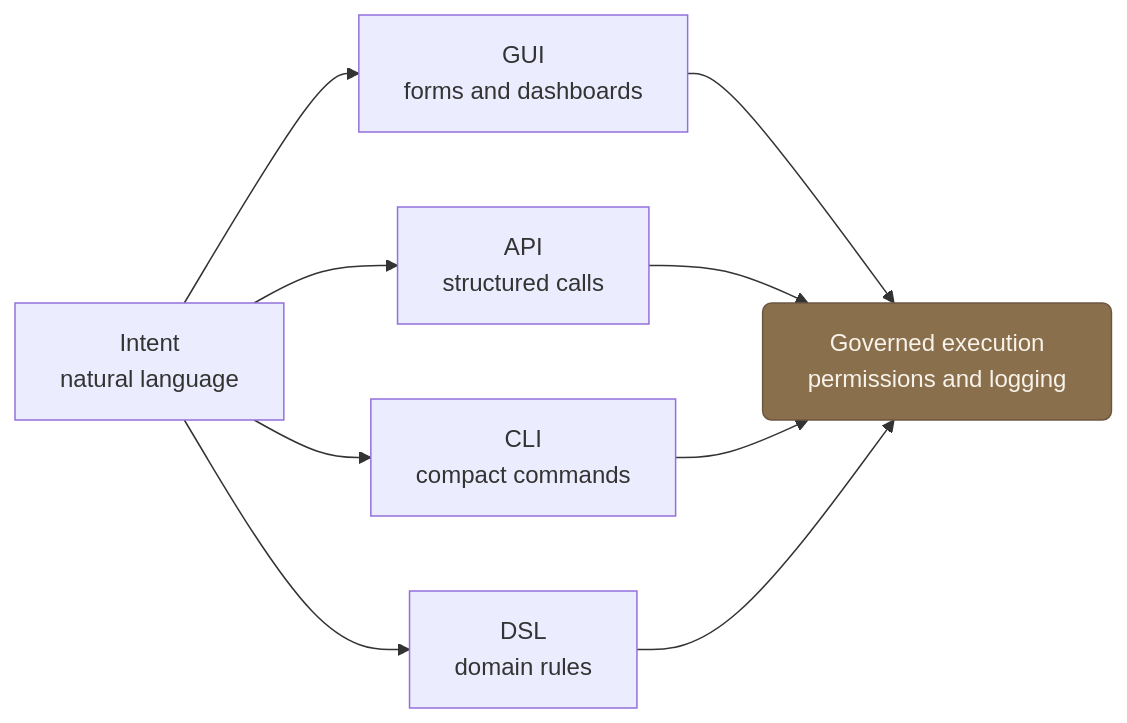
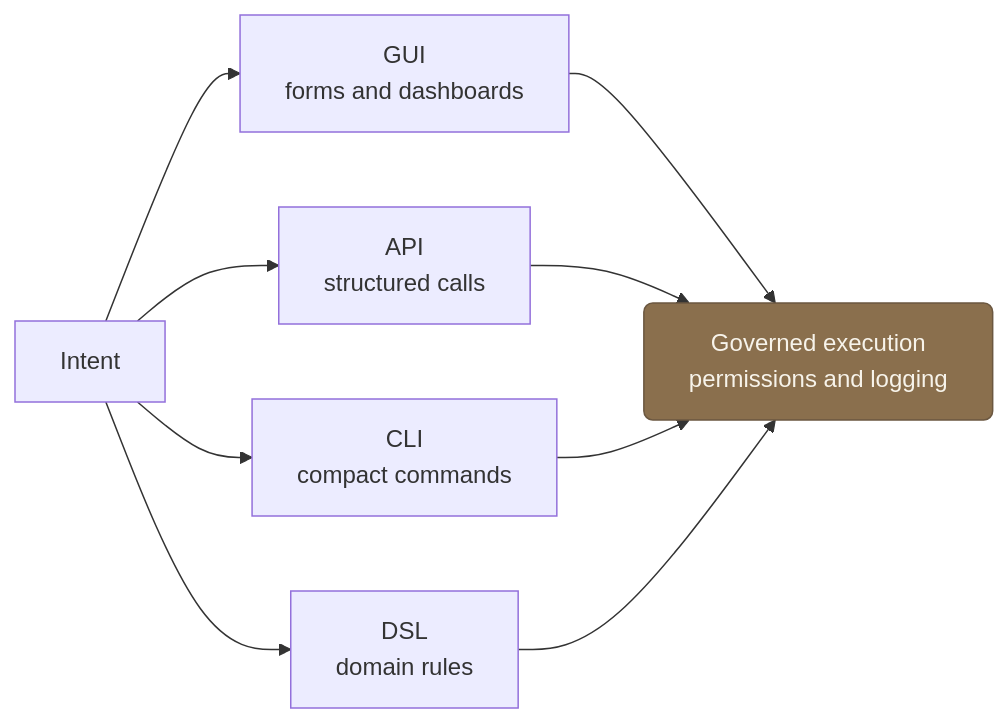
Before and after one commit to FVossebeld/FVossebeld.github.io: the diagram in content/concepts/the-agent-as-semantic-ui.md, drawn with Mermaid. The commit also changed 3 other files, not shown here.

````diff
--- a/content/concepts/the-agent-as-semantic-ui.md
+++ b/content/concepts/the-agent-as-semantic-ui.md
@@ -15,16 +15,16 @@
 ```mermaid
 flowchart LR
   accTitle: Action surfaces from intent to execution
   accDescr: Intent routes through GUI, API, CLI, and DSL action surfaces into one governed execution path.
   classDef accent fill:#8a6f4d,stroke:#6b5740,color:#f7f3ea,rx:6,ry:6
-  INTENT[Intent<br/>natural language]
+  INTENT[Intent]
   GUI[GUI<br/>forms and dashboards]
   API[API<br/>structured calls]
   CLI[CLI<br/>compact commands]
   DSL[DSL<br/>domain rules]
   GOVERNED_EXECUTION[Governed execution<br/>permissions and logging]:::accent
   INTENT --> GUI --> GOVERNED_EXECUTION
   INTENT --> API --> GOVERNED_EXECUTION
   INTENT --> CLI --> GOVERNED_EXECUTION
   INTENT --> DSL --> GOVERNED_EXECUTION
 ```
````
